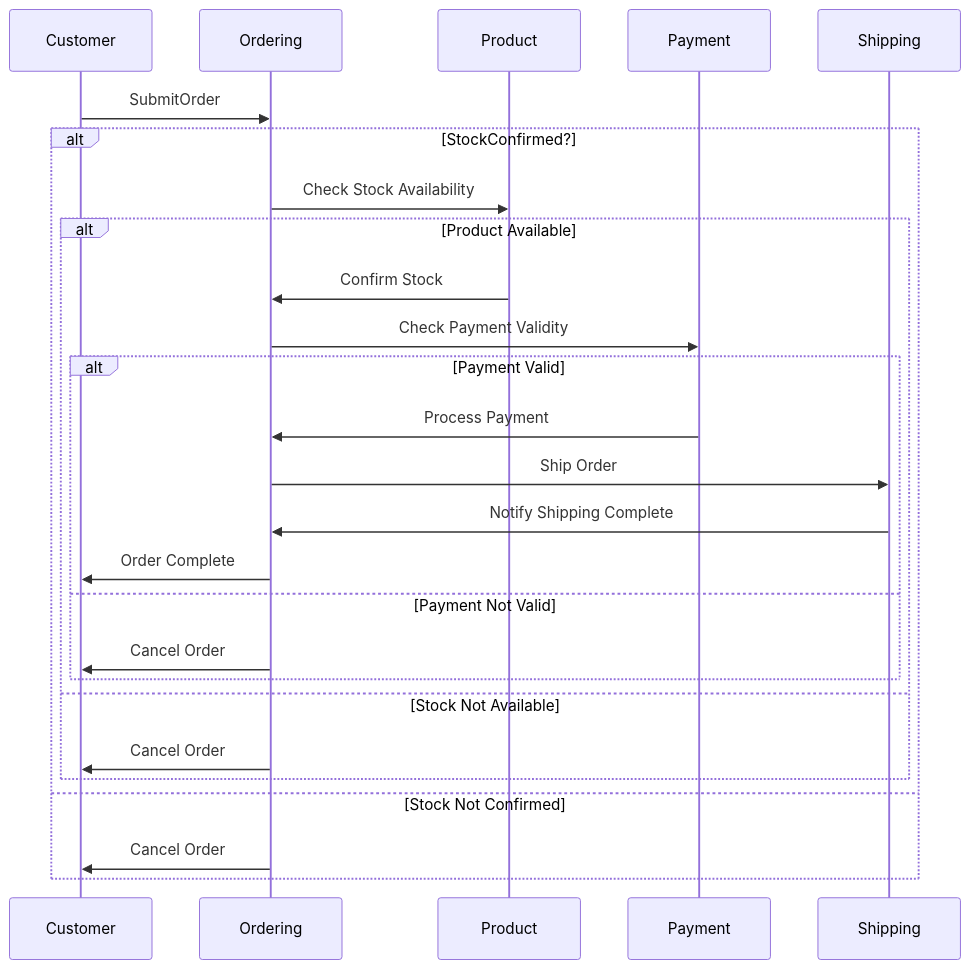
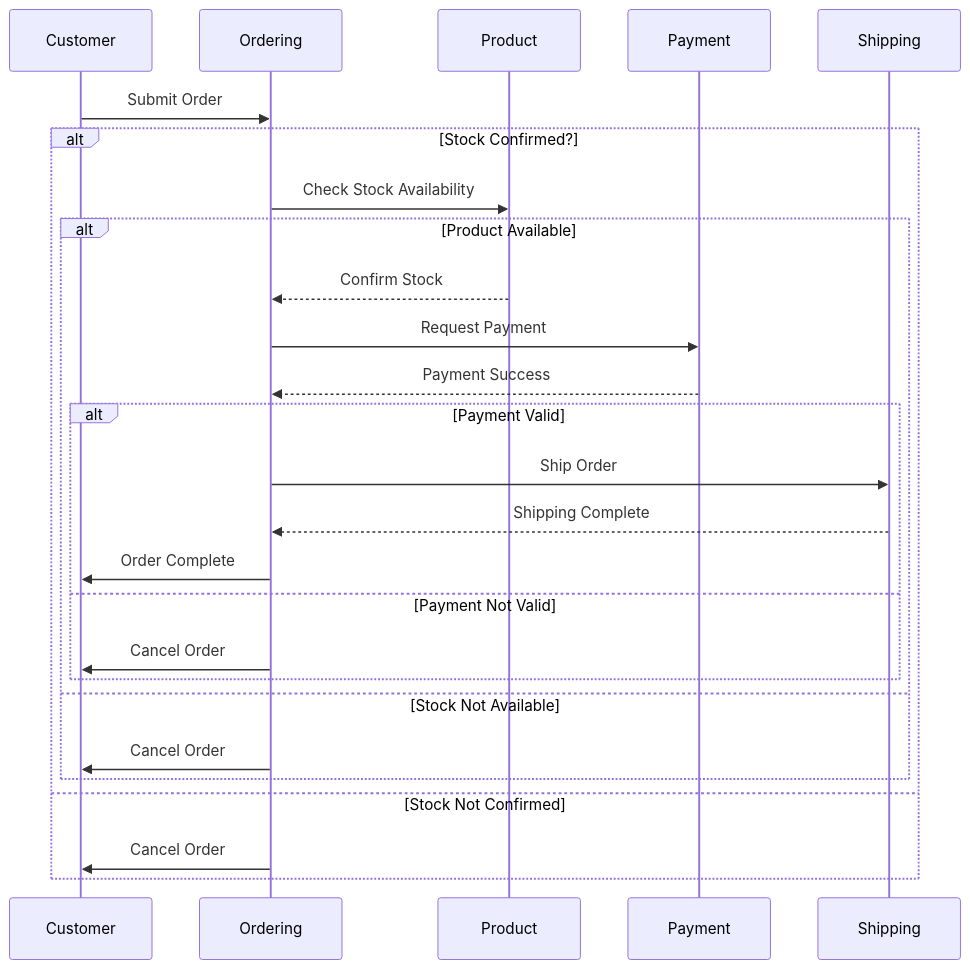
Before and after one commit to mqsrr/CoffeeSpace: the first of 4 diagrams in README.md, drawn with Mermaid. The commit also changed other lines of this file, not shown here.

````diff
--- a/README.md
+++ b/README.md
@@ -130,29 +180,30 @@
 ```mermaid
 sequenceDiagram
     participant Customer
     participant Ordering
     participant Product
     participant Payment
     participant Shipping
-    Customer->>Ordering: SubmitOrder
-    alt StockConfirmed?
+    
+    Customer->>Ordering: Submit Order
+    alt Stock Confirmed?
         Ordering->>Product: Check Stock Availability
         alt Product Available
-            Product->>Ordering: Confirm Stock
-            Ordering->>Payment: Check Payment Validity
+            Product-->>Ordering: Confirm Stock
+            Ordering->>Payment: Request Payment
+            Payment-->>Ordering: Payment Success
             alt Payment Valid
-                Payment->>Ordering: Process Payment
                 Ordering->>Shipping: Ship Order
-                Shipping->>Ordering: Notify Shipping Complete
+                Shipping-->>Ordering: Shipping Complete
                 Ordering->>Customer: Order Complete
             else Payment Not Valid
                 Ordering->>Customer: Cancel Order
             end
         else Stock Not Available
             Ordering->>Customer: Cancel Order
         end
     else Stock Not Confirmed
         Ordering->>Customer: Cancel Order
     end
 
 ```
````
